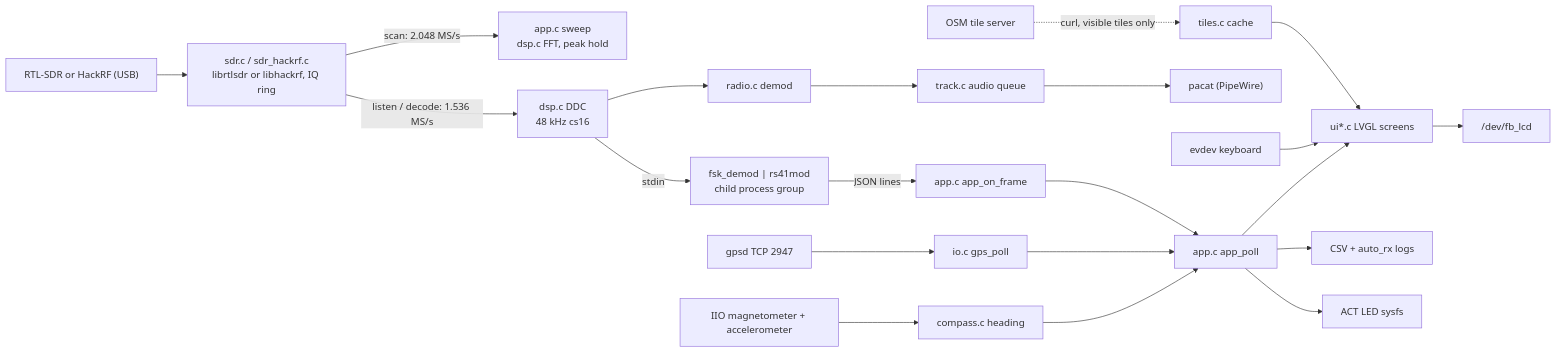
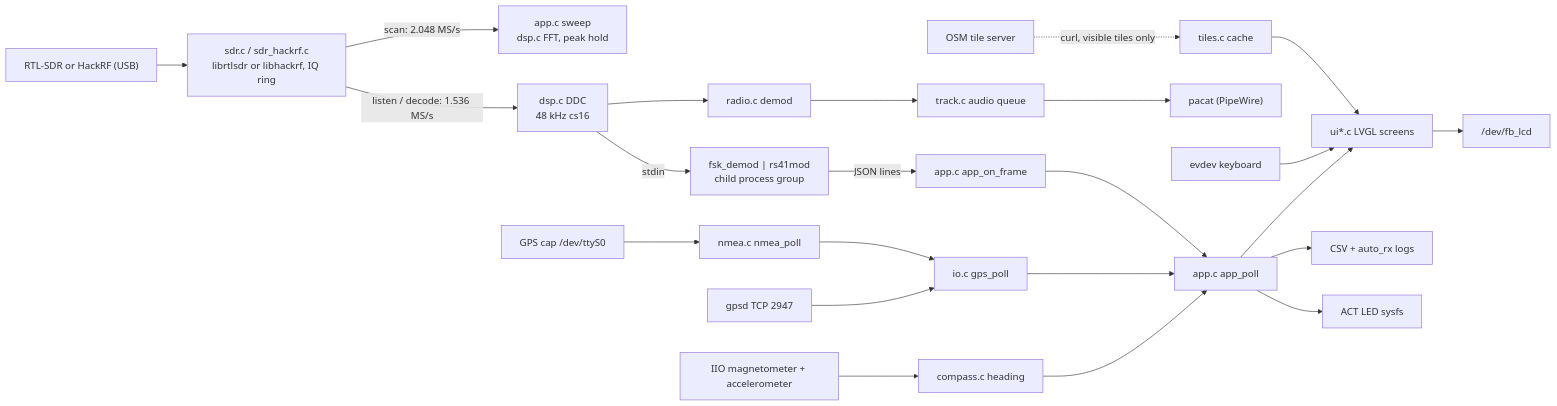
The diagram in docs/system-architecture.md (hieuha/CardputerZero-Sondechase), drawn with Mermaid before and after one commit. The commit also changed other lines of this file and 16 other files, not shown here.

First line of the commit message:
feat: power and read a GPS cap on the EXT header with no setup

````diff
--- a/docs/system-architecture.md
+++ b/docs/system-architecture.md
@@ -56,23 +57,24 @@
 ```mermaid
 flowchart LR
     RTL["RTL-SDR or HackRF (USB)"] --> SDR["sdr.c / sdr_hackrf.c<br/>librtlsdr or libhackrf, IQ ring"]
     SDR -->|"scan: 2.048 MS/s"| SWEEP["app.c sweep<br/>dsp.c FFT, peak hold"]
     SDR -->|"listen / decode: 1.536 MS/s"| DDC["dsp.c DDC<br/>48 kHz cs16"]
     DDC -->|"stdin"| DEC["fsk_demod | rs41mod<br/>child process group"]
     DEC -->|"JSON lines"| FRAME["app.c app_on_frame"]
     DDC --> RADIO["radio.c demod"]
     RADIO --> AUDIO["track.c audio queue"]
     GPS["gpsd TCP 2947"] --> IO["io.c gps_poll"]
+    SER["GPS cap /dev/ttyS0"] --> NMEA["nmea.c nmea_poll"] --> IO
     MAG["IIO magnetometer + accelerometer"] --> HDG["compass.c heading"]
     HDG --> APP
     IO --> APP["app.c app_poll"]
     FRAME --> APP
     APP --> UI["ui*.c LVGL screens"]
     APP --> LOGS["CSV + auto_rx logs"]
     AUDIO --> PACAT["pacat (PipeWire)"]
     APP --> LED["ACT LED sysfs"]
     KBD["evdev keyboard"] --> UI
     UI --> FB["/dev/fb_lcd"]
     TILES["OSM tile server"] -.->|"curl, visible tiles only"| TILEC["tiles.c cache"]
     TILEC --> UI
 ```
````
